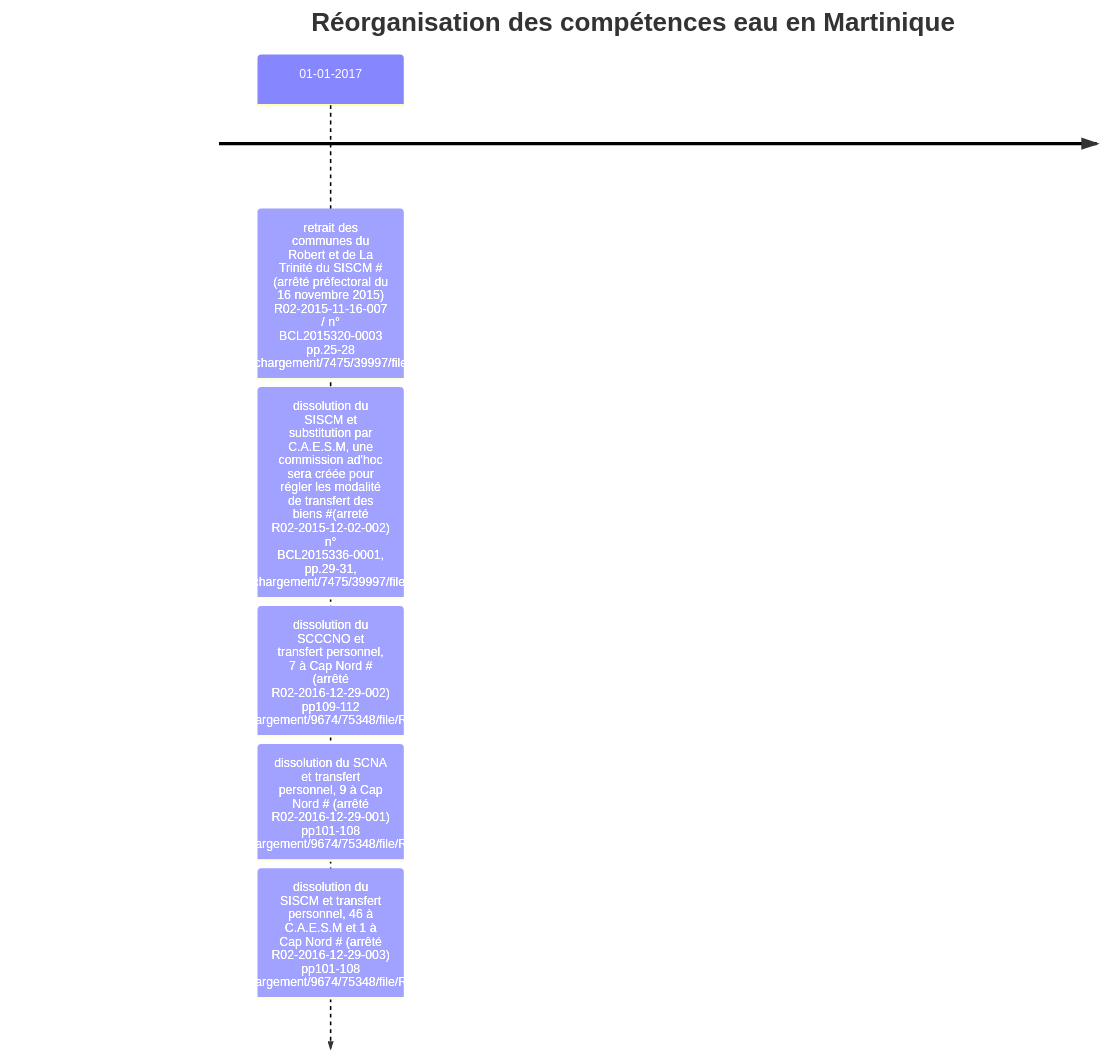
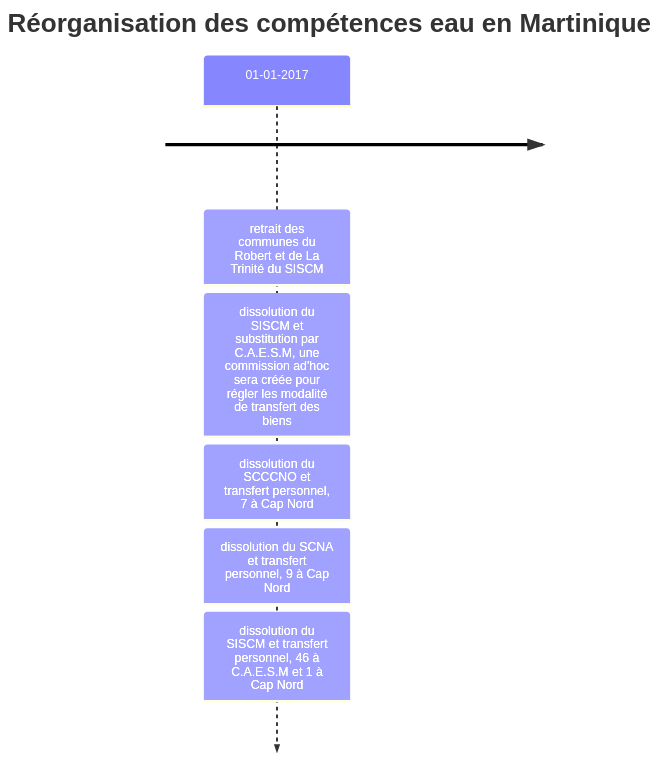
The diagram in mq/eau/reorg.md (glefait/open-diagrams), drawn with Mermaid before and after one commit.

````diff
--- a/mq/eau/reorg.md
+++ b/mq/eau/reorg.md
@@ -1,9 +1,10 @@
 ```mermaid
 timeline
     title Réorganisation des compétences eau en Martinique
-    01-01-2017 : retrait des communes du Robert et de La Trinité du SISCM  # (arrêté préfectoral du 16 novembre 2015) R02-2015-11-16-007 / n° BCL2015320-0003  pp.25-28  https://www.martinique.gouv.fr/contenu/telechargement/7475/39997/file/RAA%20-%20N%C2%B002-2015-014.pdf
-               : dissolution du SISCM et substitution par C.A.E.S.M, une commission ad'hoc sera créée pour régler les modalité de transfert des biens #(arreté R02-2015-12-02-002) n° BCL2015336-0001, pp.29-31, https://www.martinique.gouv.fr/contenu/telechargement/7475/39997/file/RAA%20-%20N%C2%B002-2015-014.pdf)
-               : dissolution du SCCCNO et transfert personnel, 7 à Cap Nord #  (arrêté R02-2016-12-29-002) pp109-112 https://www.martinique.gouv.fr/contenu/telechargement/9674/75348/file/RAA%20-%20N%C2%B0%2002-2016-134.pdf
-               : dissolution du SCNA et transfert personnel, 9 à Cap Nord  # (arrêté R02-2016-12-29-001) pp101-108 https://www.martinique.gouv.fr/contenu/telechargement/9674/75348/file/RAA%20-%20N%C2%B0%2002-2016-134.pdf
-               : dissolution du SISCM et transfert personnel, 46 à C.A.E.S.M et 1 à Cap Nord # (arrêté R02-2016-12-29-003)  pp101-108 https://www.martinique.gouv.fr/contenu/telechargement/9674/75348/file/RAA%20-%20N%C2%B0%2002-2016-134.pdf
+
+    01-01-2017 : retrait des communes du Robert et de La Trinité du SISCM
+               : dissolution du SISCM et substitution par C.A.E.S.M, une commission ad'hoc sera créée pour régler les modalité de transfert des biens 
+               : dissolution du SCCCNO et transfert personnel, 7 à Cap Nord 
+               : dissolution du SCNA et transfert personnel, 9 à Cap Nord 
+               : dissolution du SISCM et transfert personnel, 46 à C.A.E.S.M et 1 à Cap Nord 
 ```
````
